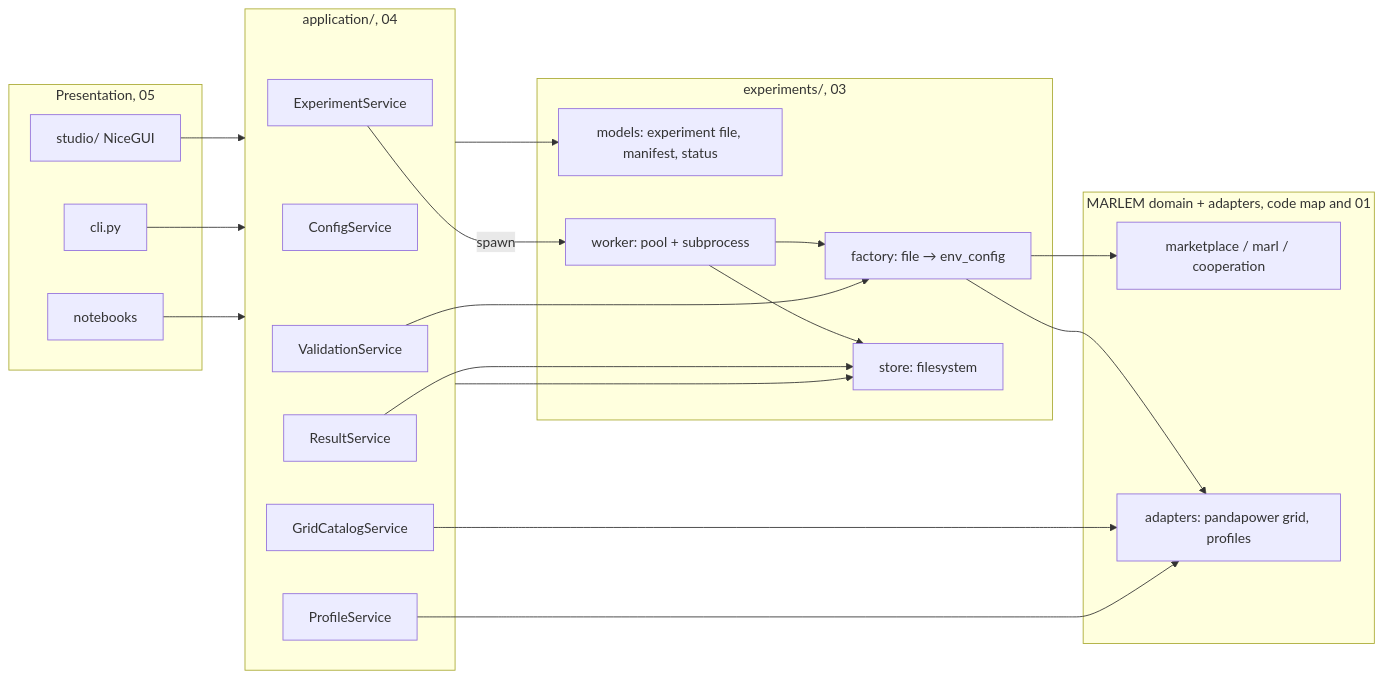
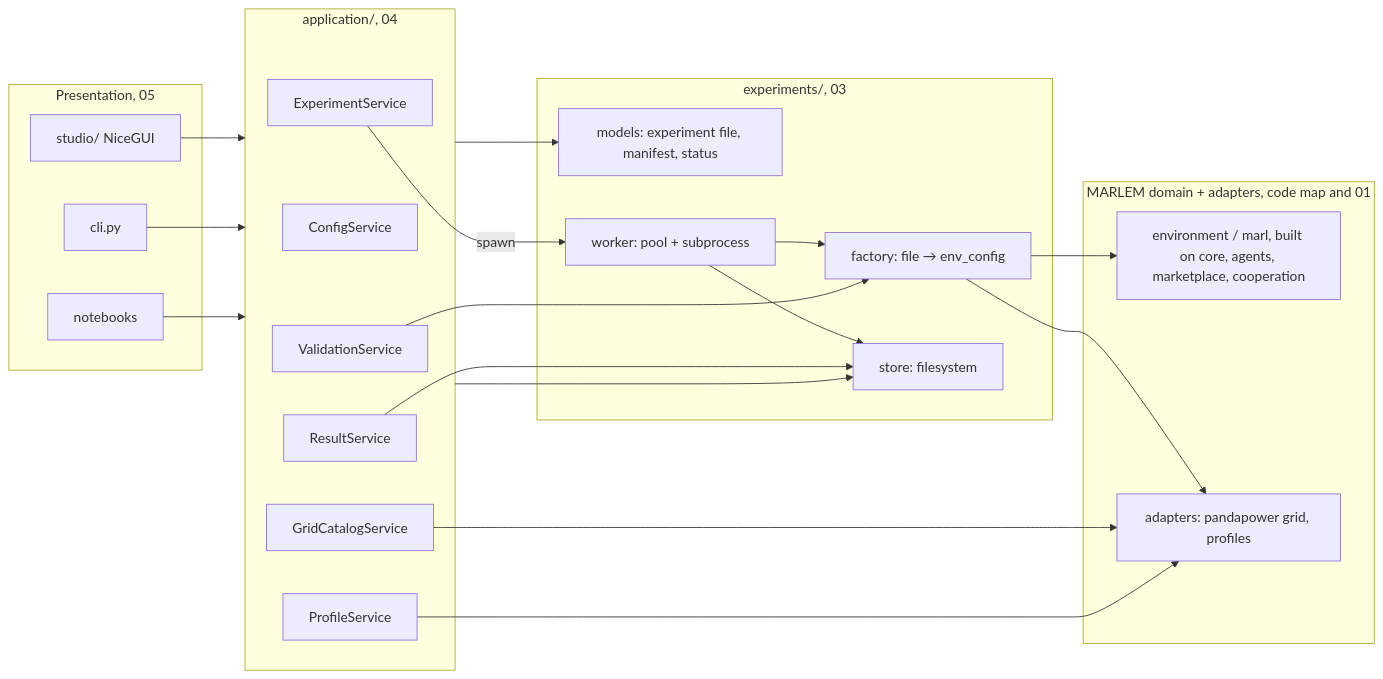
One commit to KevinRapo/P2P-thesis changed the second of 3 diagrams in docs_thesis/thesis/architecture/README.md. Above: the diagram before and after it, drawn with Mermaid. The commit also changed other lines of this file and 77 other files, not shown here.

````diff
--- a/docs_thesis/thesis/architecture/README.md
+++ b/docs_thesis/thesis/architecture/README.md
@@ -87,39 +88,39 @@
 ```mermaid
 flowchart LR
   subgraph P[Presentation, 05]
     UI[studio/ NiceGUI]
     CLI[cli.py]
     NB[notebooks]
   end
   subgraph A[application/, 04]
     CF[ConfigService]
     GC[GridCatalogService]
     PR[ProfileService]
     VA[ValidationService]
     EX[ExperimentService]
     RE[ResultService]
   end
   subgraph E[experiments/, 03]
     MOD[models: experiment file, manifest, status]
     FAC[factory: file → env_config]
     STO[store: filesystem]
     WRK[worker: pool + subprocess]
   end
   subgraph D[MARLEM domain + adapters, code map and 01]
-    ENV[marketplace / marl / cooperation]
+    ENV[environment / marl, built on core, agents, marketplace, cooperation]
     ADP[adapters: pandapower grid, profiles]
   end
   UI --> A
   CLI --> A
   NB --> A
   A --> MOD
   A --> STO
   EX -->|spawn| WRK
   WRK --> FAC --> ENV
   FAC --> ADP
   GC --> ADP
   PR --> ADP
   VA --> FAC
   WRK --> STO
   RE --> STO
 ```
````
